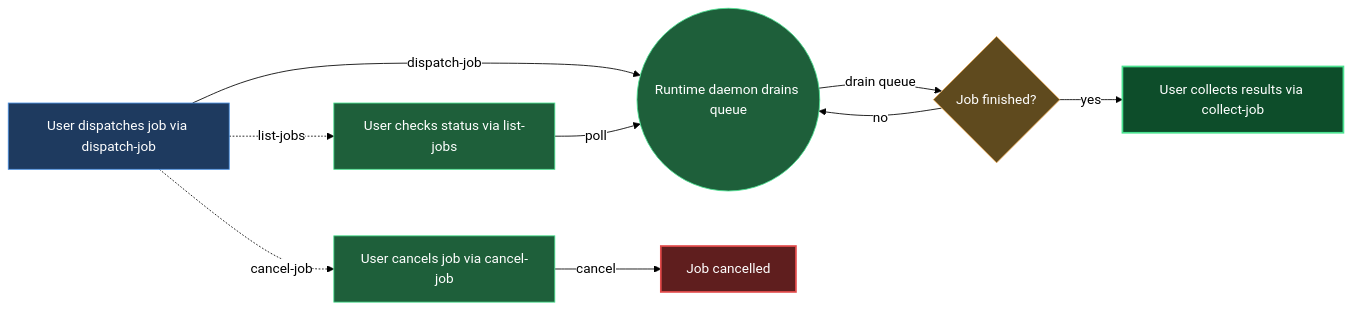
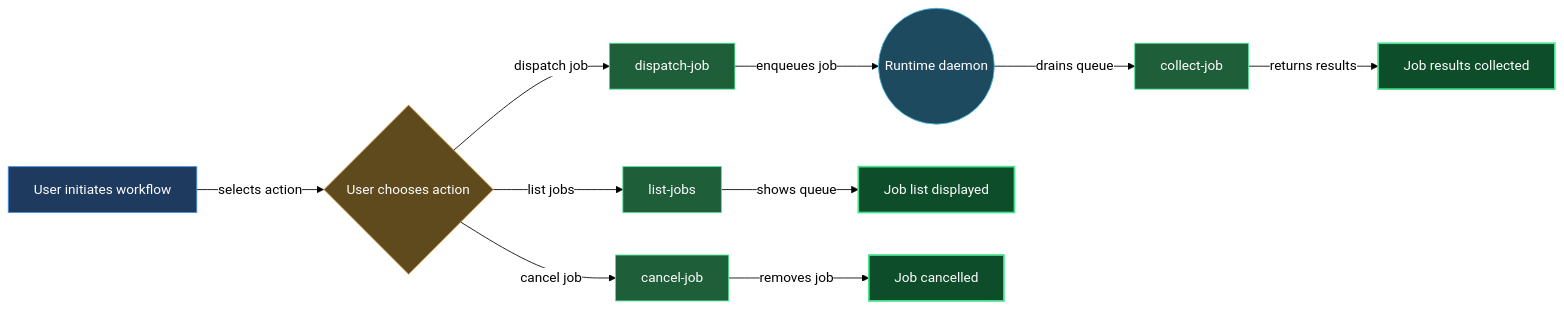
The diagram in claude/lazycortex-core/help/experts.md (mebius-san/lazy-cortex), drawn with Mermaid before and after one commit. The commit also changed other lines of this file and 64 other files, not shown here.

````diff
--- a/claude/lazycortex-core/help/experts.md
+++ b/claude/lazycortex-core/help/experts.md
@@ -68,34 +68,41 @@
 ```mermaid
 %%{init: {'themeVariables':{'background':'transparent','lineColor':'#000','textColor':'#000','edgeLabelBackground':'#fff'},'themeCSS':'.edgeLabel{background-color:transparent!important}.edgeLabel p{background-color:transparent!important}','flowchart':{'diagramPadding':5,'useMaxWidth':true}}}%%
 flowchart LR
-  userDispatchesJob[User dispatches job via dispatch-job]
-  runtimeDaemon((Runtime daemon drains queue))
-  jobFinished{Job finished?}
-  userCollectsJob[User collects results via collect-job]
-  userChecksStatus[User checks status via list-jobs]
-  userCancelsJob[User cancels job via cancel-job]
+  userInitiatesWorkflow[User initiates workflow]
+  userChoosesAction{User chooses action}
+  dispatchJobSkill[dispatch-job]
+  listJobsSkill[list-jobs]
+  cancelJobSkill[cancel-job]
+  runtimeDaemon((Runtime daemon))
+  collectJobSkill[collect-job]
+  jobResultsCollected[Job results collected]
+  jobListDisplayed[Job list displayed]
   jobCancelled[Job cancelled]
 
-  userDispatchesJob -->|dispatch-job| runtimeDaemon
-  runtimeDaemon -->|drain queue| jobFinished
-  jobFinished -->|yes| userCollectsJob
-  jobFinished -->|no| runtimeDaemon
-  userDispatchesJob -.->|list-jobs| userChecksStatus
-  userChecksStatus -->|poll| runtimeDaemon
-  userDispatchesJob -.->|cancel-job| userCancelsJob
-  userCancelsJob -->|cancel| jobCancelled
+  userInitiatesWorkflow -->|selects action| userChoosesAction
+  userChoosesAction -->|dispatch job| dispatchJobSkill
+  userChoosesAction -->|list jobs| listJobsSkill
+  userChoosesAction -->|cancel job| cancelJobSkill
+  dispatchJobSkill -->|enqueues job| runtimeDaemon
+  runtimeDaemon -->|drains queue| collectJobSkill
+  collectJobSkill -->|returns results| jobResultsCollected
+  listJobsSkill -->|shows queue| jobListDisplayed
+  cancelJobSkill -->|removes job| jobCancelled
 
   classDef entry fill:#1e3a5f,stroke:#4a90e2,color:#fff
   classDef guard fill:#5f4a1e,stroke:#e2a14a,color:#fff
   classDef action fill:#1e5f3a,stroke:#4ae290,color:#fff
+  classDef service fill:#1e4a5f,stroke:#4abce2,color:#fff
   classDef success fill:#0d4d2a,stroke:#4ae290,color:#fff,stroke-width:2px
-  classDef error fill:#5f1e1e,stroke:#e24a4a,color:#fff,stroke-width:2px
 
-  class userDispatchesJob entry
-  class runtimeDaemon action
-  class userChecksStatus action
-  class userCancelsJob action
-  class jobFinished guard
-  class userCollectsJob success
-  class jobCancelled error
+  class userInitiatesWorkflow entry
+  class userChoosesAction guard
+  class dispatchJobSkill action
+  class listJobsSkill action
+  class cancelJobSkill action
+  class runtimeDaemon service
+  class collectJobSkill action
+  class jobResultsCollected success
+  class jobListDisplayed success
+  class jobCancelled success
 ```
````
